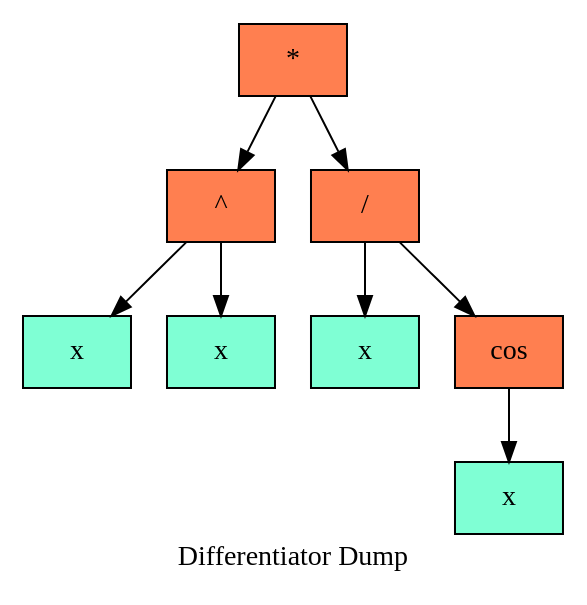
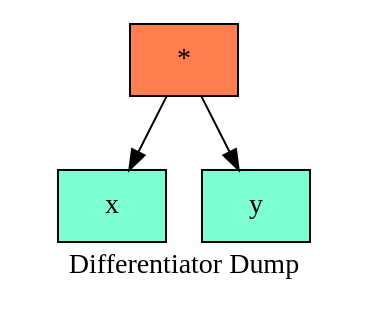
One commit to aidenfmunro/Differentiator changed the diagram in log/dot/treegraph_0.dot. Above: the diagram before and after it, drawn with Graphviz. The commit also changed 11 other files, not shown here.

```diff
--- a/log/dot/treegraph_0.dot
+++ b/log/dot/treegraph_0.dot
@@ -1,21 +1,11 @@
   digraph tree  {
   node[   shape     = "Mrecord",  style     = "filled",  fillcolor = "aqua",  fontcolor = "#000000",  margin    = "0.075"];
   rankdir   = "TB";
 
   label     = "Differentiator Dump";
 "node0" [shape = "record", label = "{*}", fillcolor = "coral"]
-"node1" [shape = "record", label = "{^}", fillcolor = "coral"]
-"node2" [shape = "record", label = "{x}", fillcolor = "aquamarine"]
-"node1" -> "node2"
-"node3" [shape = "record", label = "{x}", fillcolor = "aquamarine"]
-"node1" -> "node3"
+"node1" [shape = "record", label = "{x}", fillcolor = "aquamarine"]
 "node0" -> "node1"
-"node4" [shape = "record", label = "{/}", fillcolor = "coral"]
-"node5" [shape = "record", label = "{x}", fillcolor = "aquamarine"]
-"node4" -> "node5"
-"node6" [shape = "record", label = "{cos}", fillcolor = "coral"]
-"node7" [shape = "record", label = "{x}", fillcolor = "aquamarine"]
-"node6" -> "node7"
-"node4" -> "node6"
-"node0" -> "node4"
+"node2" [shape = "record", label = "{y}", fillcolor = "aquamarine"]
+"node0" -> "node2"
   }
```
